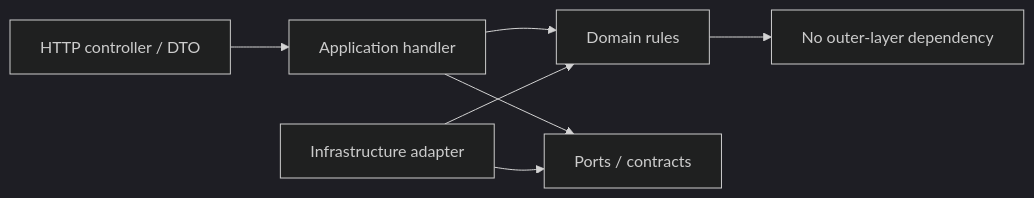
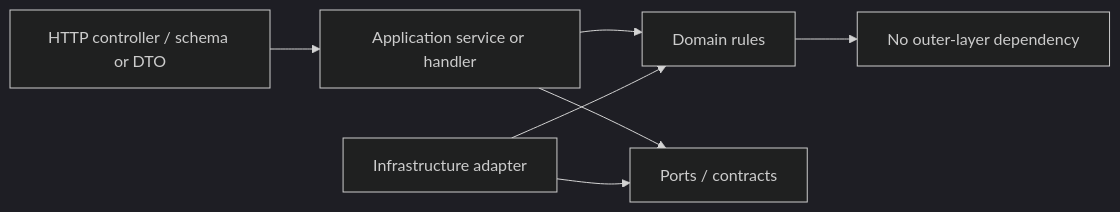
Before and after one commit to shiladityamajumder/healthcare-platform-nest-js: the second of 2 diagrams in docs/02-ARCHITECTURE.md, drawn with Mermaid (dark theme). The commit also changed other lines of this file and 28 other files, not shown here.

````diff
--- a/docs/02-ARCHITECTURE.md
+++ b/docs/02-ARCHITECTURE.md
@@ -30,9 +30,9 @@
 ```mermaid
 flowchart LR
-  HTTP[HTTP controller / DTO] --> APP[Application handler]
+  HTTP[HTTP controller / schema or DTO] --> APP[Application service or handler]
   APP --> DOMAIN[Domain rules]
   APP --> PORT[Ports / contracts]
   INFRA[Infrastructure adapter] --> PORT
   INFRA --> DOMAIN
   DOMAIN --> NOTHING[No outer-layer dependency]
 ```
````
